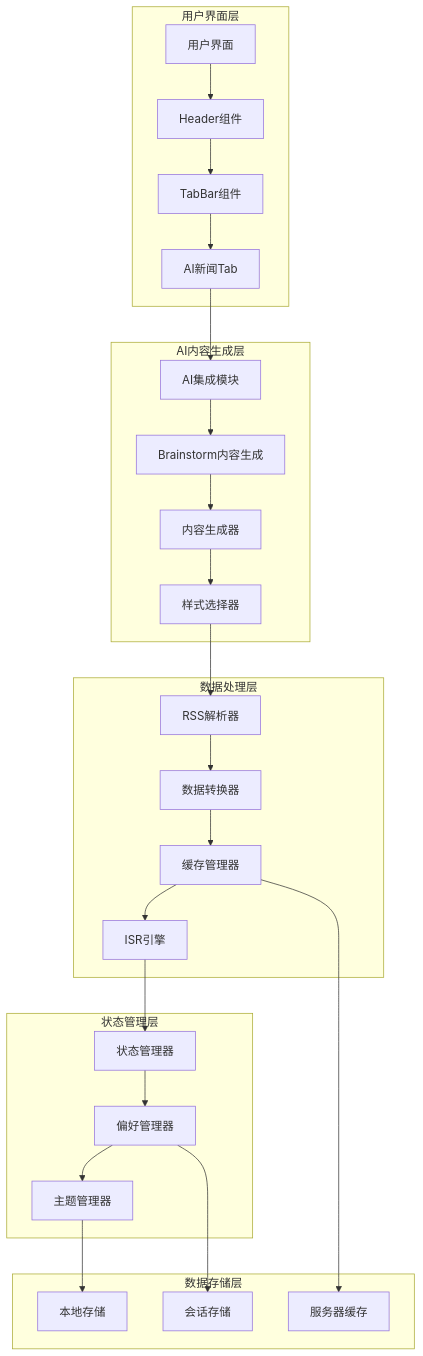
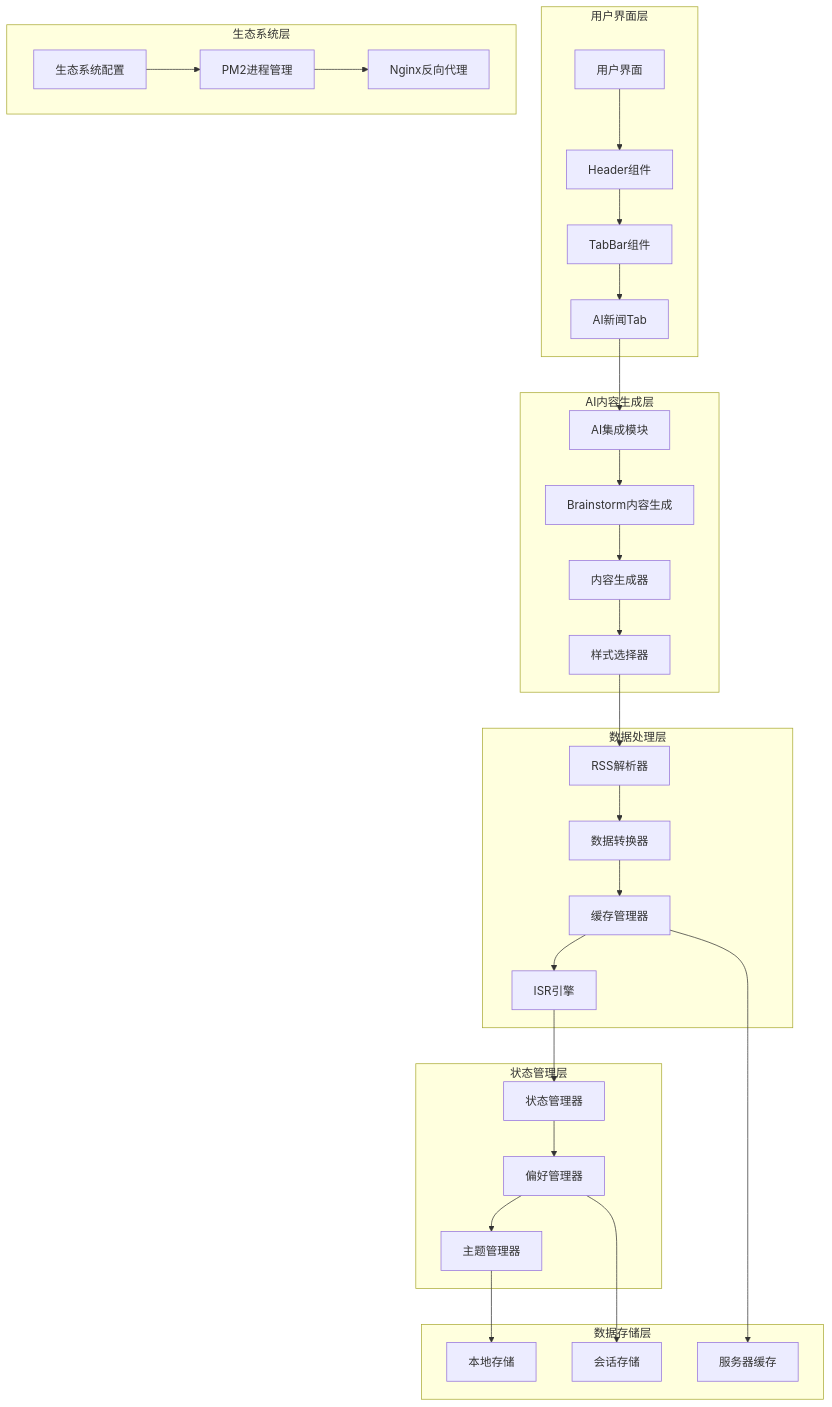
One commit to huanglixinccc/next-demo-collection changed the second of 10 diagrams in .qoder/repowiki/zh/content/Superpowers AI集成.md. Above: the diagram before and after it, drawn with Mermaid. The commit also changed other lines of this file and 10 other files, not shown here.

````diff
--- a/.qoder/repowiki/zh/content/Superpowers AI集成.md
+++ b/.qoder/repowiki/zh/content/Superpowers AI集成.md
@@ -112,48 +128,55 @@
 ```mermaid
 graph TB
 subgraph "用户界面层"
 UI[用户界面]
 Header[Header组件]
 TabBar[TabBar组件]
 AINews[AI新闻Tab]
 end
 subgraph "AI内容生成层"
 Brainstorm[Brainstorm内容生成]
 ContentGenerator[内容生成器]
 StyleSelector[样式选择器]
 AIIntegration[AI集成模块]
 end
 subgraph "数据处理层"
 RSSParser[RSS解析器]
 DataTransformer[数据转换器]
 CacheManager[缓存管理器]
 ISREngine[ISR引擎]
 end
 subgraph "状态管理层"
 StateManager[状态管理器]
 PreferenceManager[偏好管理器]
 ThemeManager[主题管理器]
 end
+subgraph "生态系统层"
+PM2[PM2进程管理]
+Nginx[Nginx反向代理]
+Ecosystem[生态系统配置]
+end
 subgraph "数据存储层"
 LocalStorage[本地存储]
 SessionStorage[会话存储]
 ServerCache[服务器缓存]
 end
 UI --> Header
 Header --> TabBar
 TabBar --> AINews
 AINews --> AIIntegration
 AIIntegration --> Brainstorm
 Brainstorm --> ContentGenerator
 ContentGenerator --> StyleSelector
 StyleSelector --> RSSParser
 RSSParser --> DataTransformer
 DataTransformer --> CacheManager
 CacheManager --> ISREngine
 ISREngine --> StateManager
 StateManager --> PreferenceManager
 PreferenceManager --> ThemeManager
 ThemeManager --> LocalStorage
 PreferenceManager --> SessionStorage
 CacheManager --> ServerCache
+Ecosystem --> PM2
+PM2 --> Nginx
 ```
````
